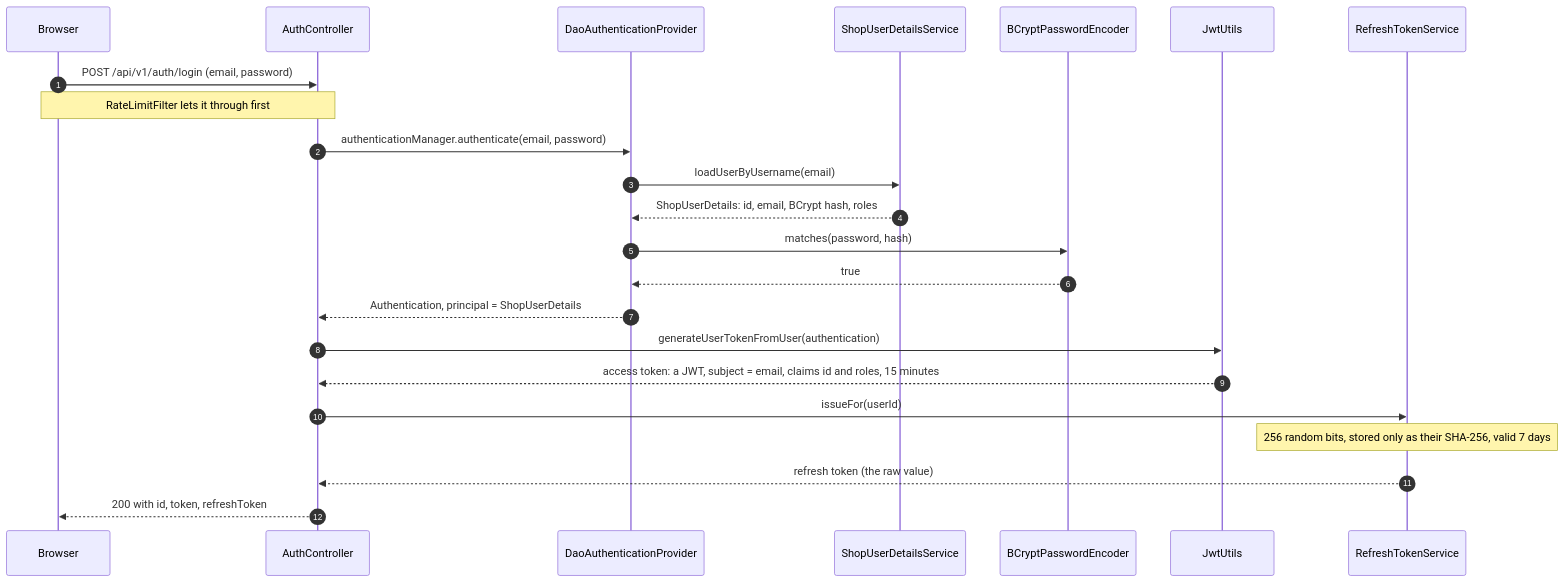
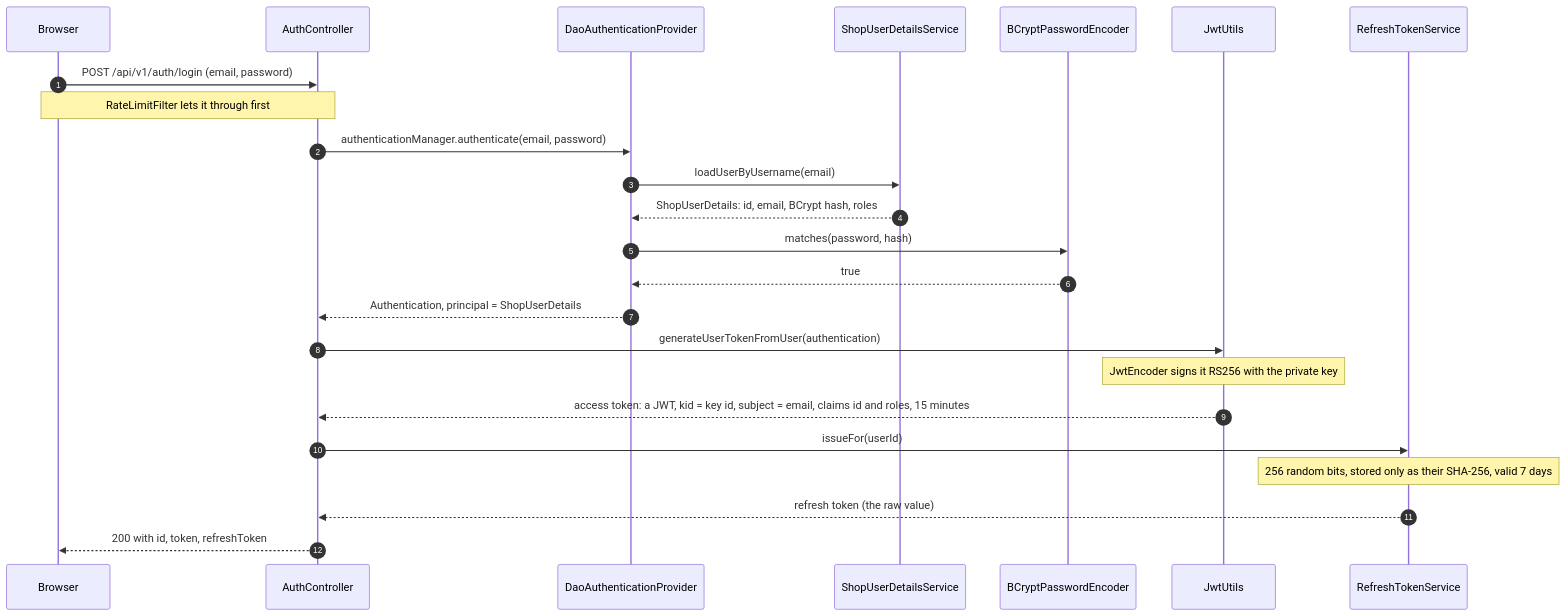
Before and after one commit to Aryankanani1/shopping-cart-spring-security: the third of 9 diagrams in docs/security-design.md, drawn with Mermaid. The commit also changed other lines of this file and 40 other files, not shown here.

````diff
--- a/docs/security-design.md
+++ b/docs/security-design.md
@@ -99,25 +103,26 @@
 ```mermaid
 sequenceDiagram
     autonumber
     participant B as Browser
     participant C as AuthController
     participant P as DaoAuthenticationProvider
     participant U as ShopUserDetailsService
     participant E as BCryptPasswordEncoder
     participant J as JwtUtils
     participant R as RefreshTokenService
     B->>C: POST /api/v1/auth/login (email, password)
     note over B,C: RateLimitFilter lets it through first
     C->>P: authenticationManager.authenticate(email, password)
     P->>U: loadUserByUsername(email)
     U-->>P: ShopUserDetails: id, email, BCrypt hash, roles
     P->>E: matches(password, hash)
     E-->>P: true
     P-->>C: Authentication, principal = ShopUserDetails
     C->>J: generateUserTokenFromUser(authentication)
-    J-->>C: access token: a JWT, subject = email, claims id and roles, 15 minutes
+    note over J: JwtEncoder signs it RS256 with the private key
+    J-->>C: access token: a JWT, kid = key id, subject = email, claims id and roles, 15 minutes
     C->>R: issueFor(userId)
     note over R: 256 random bits, stored only as their SHA-256, valid 7 days
     R-->>C: refresh token (the raw value)
     C-->>B: 200 with id, token, refreshToken
 ```
````
